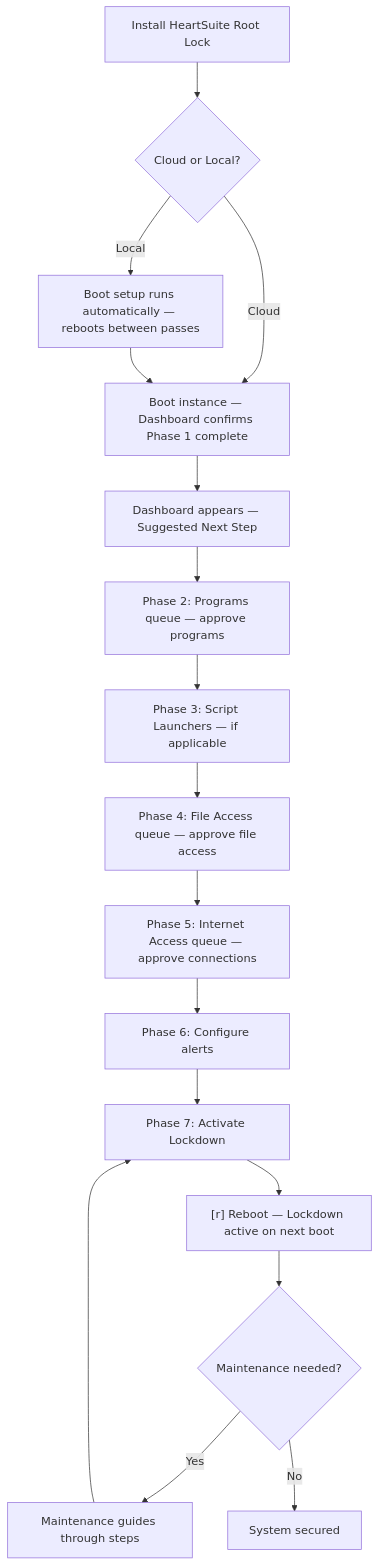
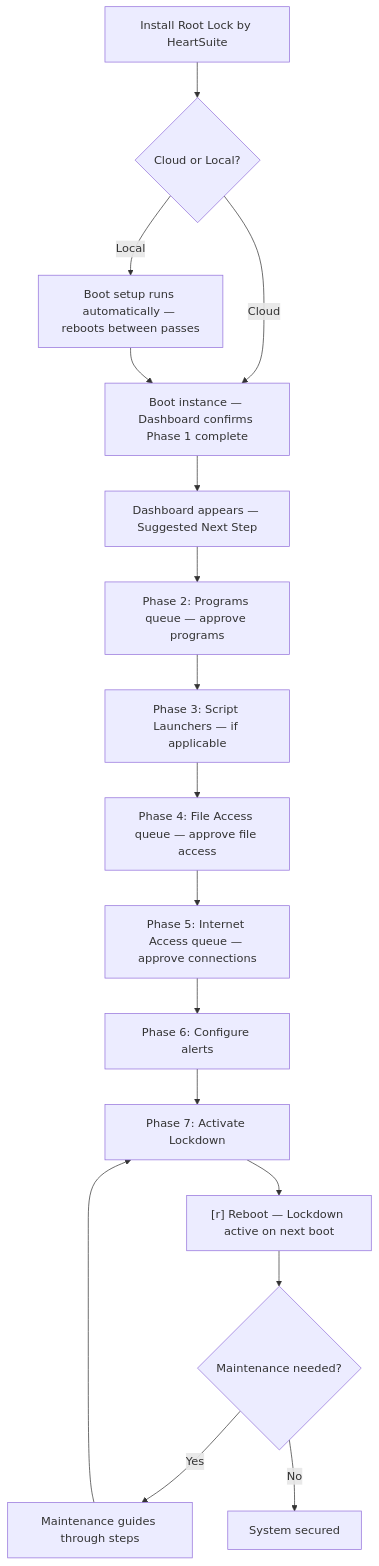
One commit to HeartSecuritySuite/heartsuite-docs changed the diagram in content/en/docs/introduction/setup-overview/_index.md. Above: the diagram before and after it, drawn with Mermaid. The commit also changed other lines of this file and 60 other files, not shown here.

First line of the commit message:
Update product branding to "Root Lock by HeartSuite"

````diff
--- a/content/en/docs/introduction/setup-overview/_index.md
+++ b/content/en/docs/introduction/setup-overview/_index.md
@@ -63,19 +63,19 @@
 ```mermaid
 graph TD
-    A[Install HeartSuite Root Lock] --> B{Cloud or Local?}
+    A[Install Root Lock by HeartSuite] --> B{Cloud or Local?}
     B -- Cloud --> C[Boot instance — Dashboard confirms Phase 1 complete]
     B -- Local --> D["Boot setup runs automatically — reboots between passes"]
     D --> C
     C --> E[Dashboard appears — Suggested Next Step]
     E --> F["Phase 2: Programs queue — approve programs"]
     F --> G["Phase 3: Script Launchers — if applicable"]
     G --> H["Phase 4: File Access queue — approve file access"]
     H --> I["Phase 5: Internet Access queue — approve connections"]
     I --> J["Phase 6: Configure alerts"]
     J --> K["Phase 7: Activate Lockdown"]
     K --> L["[r] Reboot — Lockdown active on next boot"]
     L --> M{Maintenance needed?}
     M -- Yes --> N["Maintenance guides through steps"]
     N --> K
     M -- No --> O[System secured]
 ```
````
